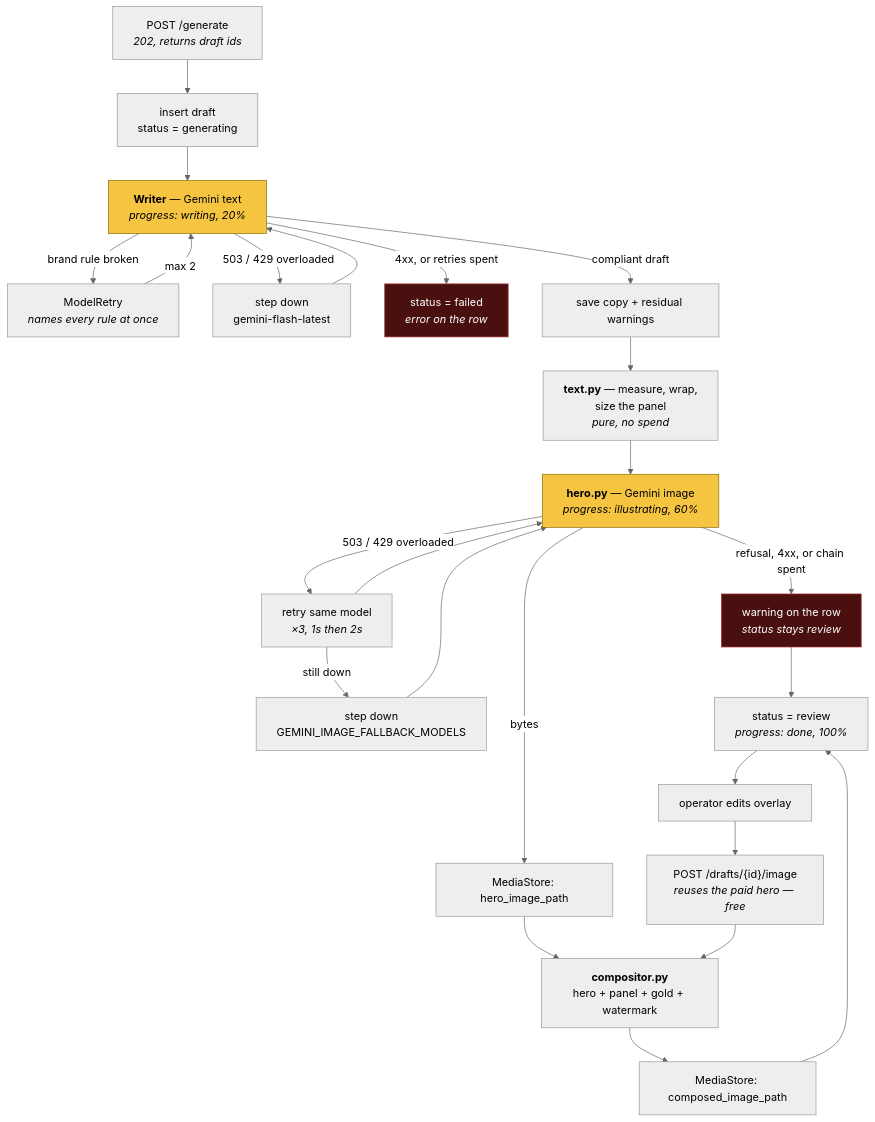
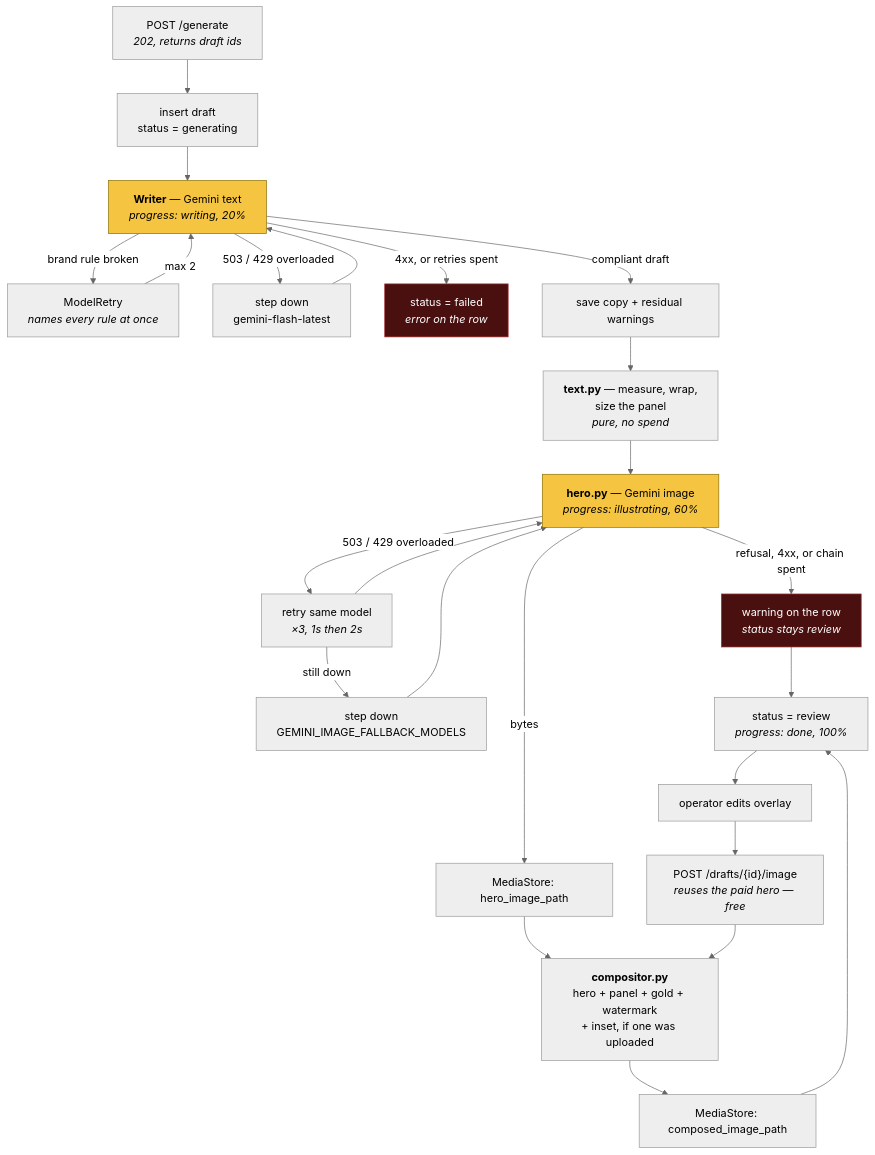
The diagram in docs/design.md (nauqh/fb-agent), drawn with Mermaid (neutral theme) before and after one commit. The commit also changed other lines of this file and 16 other files, not shown here.

First line of the commit message:
feat(image): circular inset, uploaded and placed by the operator

````diff
--- a/docs/design.md
+++ b/docs/design.md
@@ -210,35 +212,35 @@
 ```mermaid
 flowchart TD
     Start["POST /generate<br/><i>202, returns draft ids</i>"] --> Row["insert draft<br/>status = generating"]
     Row --> Write["<b>Writer</b> — Gemini text<br/><i>progress: writing, 20%</i>"]
 
     Write -->|"brand rule broken"| Retry["ModelRetry<br/><i>names every rule at once</i>"]
     Retry -->|"max 2"| Write
     Write -->|"503 / 429 overloaded"| Fallback["step down<br/>gemini-flash-latest"]
     Fallback --> Write
     Write -->|"4xx, or retries spent"| Failed["status = failed<br/><i>error on the row</i>"]
 
     Write -->|"compliant draft"| Save["save copy + residual warnings"]
     Save --> Plan["<b>text.py</b> — measure, wrap,<br/>size the panel<br/><i>pure, no spend</i>"]
     Plan --> Hero["<b>hero.py</b> — Gemini image<br/><i>progress: illustrating, 60%</i>"]
 
     Hero -->|"503 / 429 overloaded"| HeroRetry["retry same model<br/><i>×3, 1s then 2s</i>"]
     HeroRetry -->|"still down"| HeroFallback["step down<br/>GEMINI_IMAGE_FALLBACK_MODELS"]
     HeroRetry --> Hero
     HeroFallback --> Hero
     Hero -->|"refusal, 4xx, or chain spent"| Warn["warning on the row<br/><i>status stays review</i>"]
     Hero -->|"bytes"| StoreHero["MediaStore: hero_image_path"]
-    StoreHero --> Composite["<b>compositor.py</b><br/>hero + panel + gold + watermark"]
+    StoreHero --> Composite["<b>compositor.py</b><br/>hero + panel + gold + watermark<br/>+ inset, if one was uploaded"]
     Composite --> StoreOut["MediaStore: composed_image_path"]
 
     StoreOut --> Review["status = review<br/><i>progress: done, 100%</i>"]
     Warn --> Review
     Review --> Edit["operator edits overlay"]
     Edit --> Recompose["POST /drafts/{id}/image<br/><i>reuses the paid hero — free</i>"]
     Recompose --> Composite
 
     classDef paid fill:#F5C542,stroke:#8a6d00,color:#000
     classDef bad fill:#4a1010,stroke:#a33,color:#fff
     class Write,Hero paid
     class Failed,Warn bad
 ```
````
